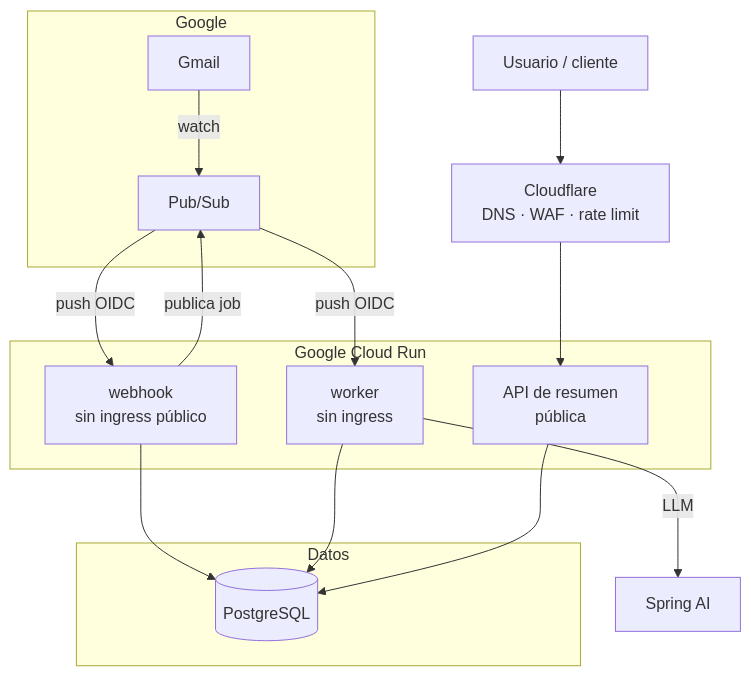
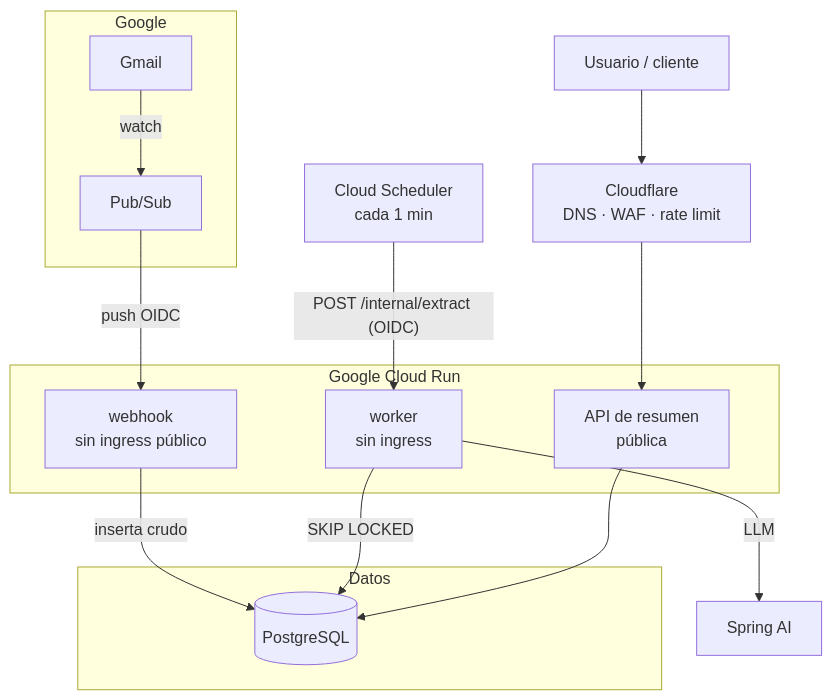
Before and after one commit to fperezlefiman/expense-tracker: the first of 3 diagrams in docs/architecture.md, drawn with Mermaid. The commit also changed other lines of this file and 3 other files, not shown here.

````diff
--- a/docs/architecture.md
+++ b/docs/architecture.md
@@ -8,28 +8,28 @@
 ```mermaid
 flowchart TB
     subgraph Google
         GM[Gmail]
         PS[Pub/Sub]
     end
     subgraph GCP["Google Cloud Run"]
         WH["webhook<br/>sin ingress público"]
         WK["worker<br/>sin ingress"]
         API["API de resumen<br/>pública"]
     end
+    SCH["Cloud Scheduler<br/>cada 1 min"]
     subgraph Datos
         PG[("PostgreSQL")]
     end
     CF1["Cloudflare<br/>DNS · WAF · rate limit"]
     U["Usuario / cliente"]
 
     GM -->|"watch"| PS
     PS -->|"push OIDC"| WH
-    WH --> PG
-    WH -->|"publica job"| PS
-    PS -->|"push OIDC"| WK
-    WK --> PG
+    WH -->|"inserta crudo"| PG
+    SCH -->|"POST /internal/extract (OIDC)"| WK
+    WK -->|"SKIP LOCKED"| PG
     WK -->|"LLM"| EXT["Spring AI"]
     CF1 --> API
     U --> CF1
     API --> PG
 ```
````
